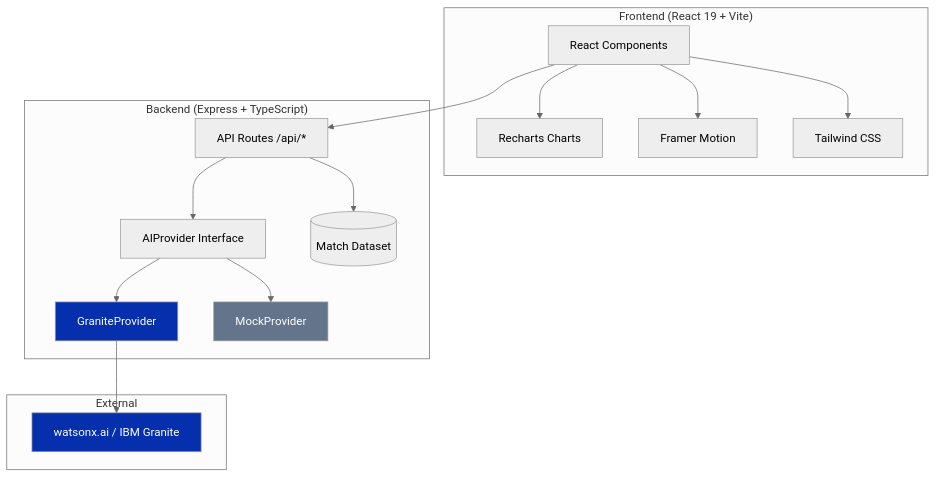
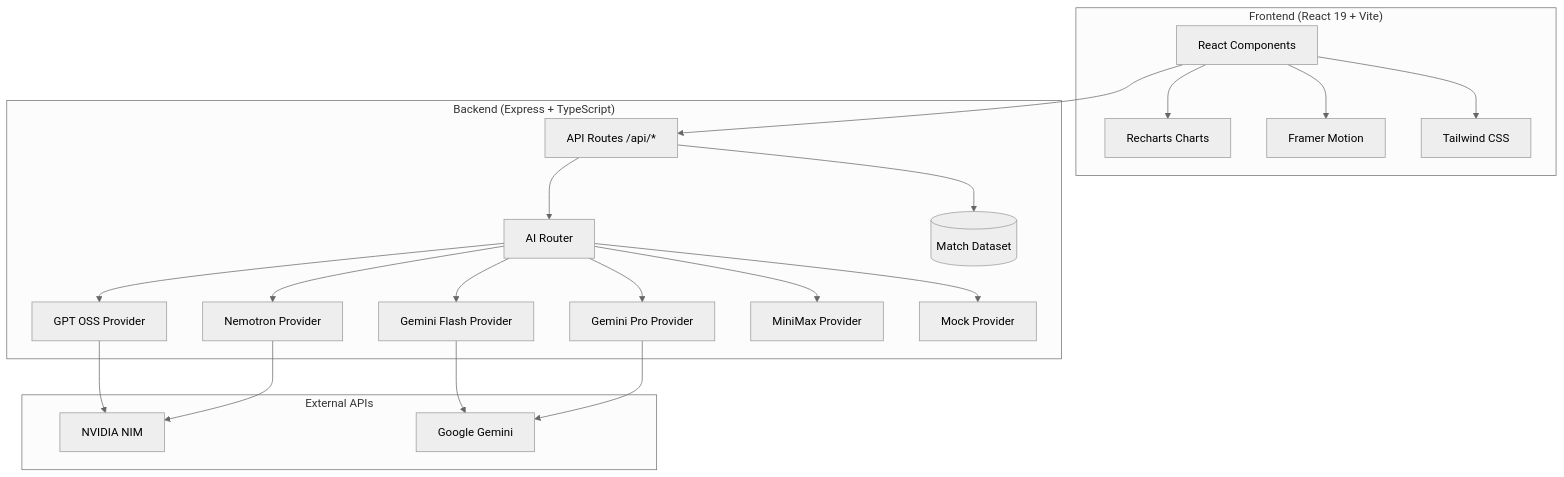
One commit to SrihariAPPI/GoalVision-AI changed the diagram in README.md. Above: the diagram before and after it, drawn with Mermaid (neutral theme). The commit also changed other lines of this file, not shown here.

````diff
--- a/README.md
+++ b/README.md
@@ -164,26 +182,29 @@
 ```mermaid
 graph TB
     subgraph "Frontend (React 19 + Vite)"
         UI[React Components] --> RC[Recharts Charts]
         UI --> FM[Framer Motion]
         UI --> TW[Tailwind CSS]
     end
 
     subgraph "Backend (Express + TypeScript)"
         API[API Routes /api/*]
-        API --> AI[AIProvider Interface]
-        AI --> GP[GraniteProvider]
-        AI --> MP[MockProvider]
+        API --> Router[AI Router]
+        Router --> GP[GPT OSS Provider]
+        Router --> GF[Gemini Flash Provider]
+        Router --> GPR[Gemini Pro Provider]
+        Router --> NP[Nemotron Provider]
+        Router --> MP[MiniMax Provider]
+        Router --> MK[Mock Provider]
         API --> DM[(Match Dataset)]
     end
 
-    subgraph "External"
-        GP --> WX[watsonx.ai / IBM Granite]
+    subgraph "External APIs"
+        GP --> NN[NVIDIA NIM]
+        GF --> GM[Google Gemini]
+        GPR --> GM
+        NP --> NN
     end
 
     UI --> API
-
-    style GP fill:#052FAD,color:#fff
-    style WX fill:#052FAD,color:#fff
-    style MP fill:#64748b,color:#fff
 ```
````
